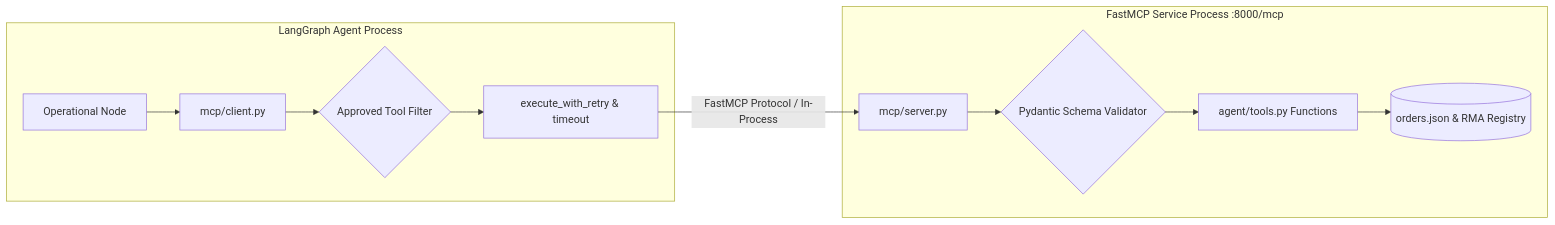
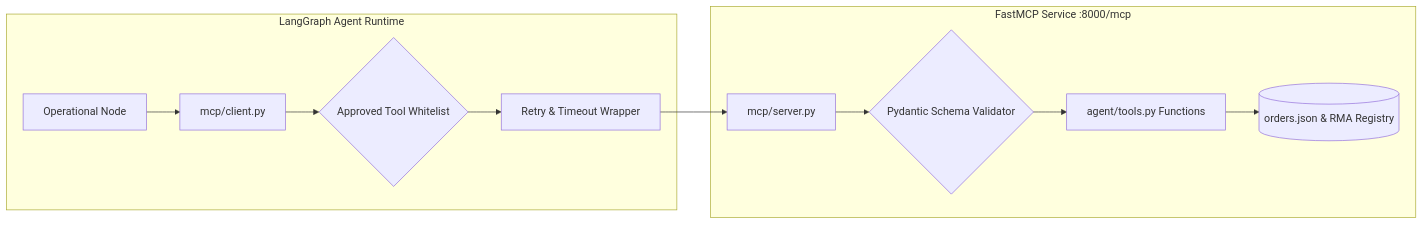
The fifth of 6 diagrams in README.md (Garima09-work/E-commerce), drawn with Mermaid before and after one commit. The commit also changed other lines of this file and 14 other files, not shown here.

````diff
--- a/README.md
+++ b/README.md
@@ -397,15 +392,15 @@
 ```mermaid
 flowchart LR
-    subgraph Agent_Process [LangGraph Agent Process]
-        OrderNode[Operational Node] --> ClientWrapper[mcp/client.py]
-        ClientWrapper --> Whitelist{Approved Tool Filter}
-        Whitelist --> RetryTimeout[execute_with_retry & timeout]
+    subgraph Agent_Runtime [LangGraph Agent Runtime]
+        OrderNode[Operational Node] --> Client[mcp/client.py]
+        Client --> ToolFilter{Approved Tool Whitelist}
+        ToolFilter --> Resilience[Retry & Timeout Wrapper]
     end
 
-    subgraph MCP_Server_Process [FastMCP Service Process :8000/mcp]
-        RetryTimeout -->|FastMCP Protocol / In-Process| Server[mcp/server.py]
+    subgraph FastMCP_Service [FastMCP Service :8000/mcp]
+        Resilience --> Server[mcp/server.py]
         Server --> Validator{Pydantic Schema Validator}
         Validator --> ToolImpl[agent/tools.py Functions]
         ToolImpl --> Storage[(orders.json & RMA Registry)]
     end
 ```
````
